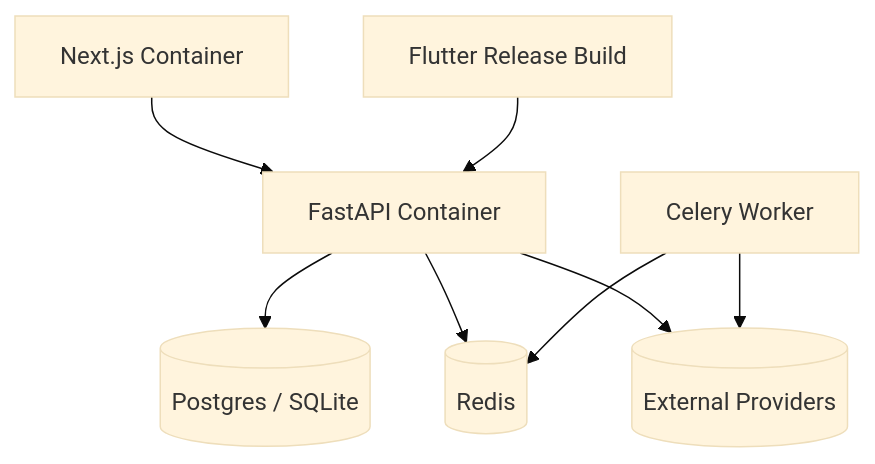
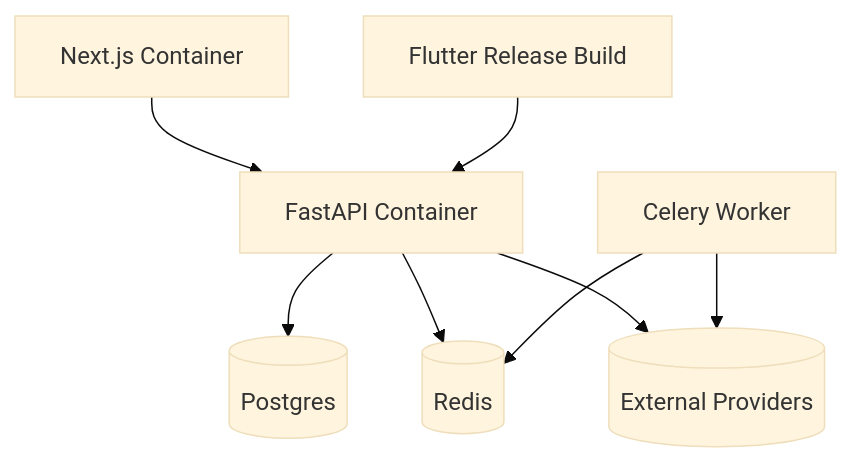
The diagram in docs/infrastructure/deployment-diagram.md (0Ankit0/fastapi_template), drawn with Mermaid (base theme) before and after one commit. The commit also changed 4 other files, not shown here.

````diff
--- a/docs/infrastructure/deployment-diagram.md
+++ b/docs/infrastructure/deployment-diagram.md
@@ -3,18 +3,18 @@
 ```mermaid
 flowchart TB
   Web[Next.js Container]
   Mobile[Flutter Release Build]
   API[FastAPI Container]
   Worker[Celery Worker]
-  DB[(Postgres / SQLite)]
+  DB[(Postgres)]
   Redis[(Redis)]
   Providers[(External Providers)]
 
   Web --> API
   Mobile --> API
   API --> DB
   API --> Redis
   Worker --> Redis
   API --> Providers
   Worker --> Providers
 ```
````
